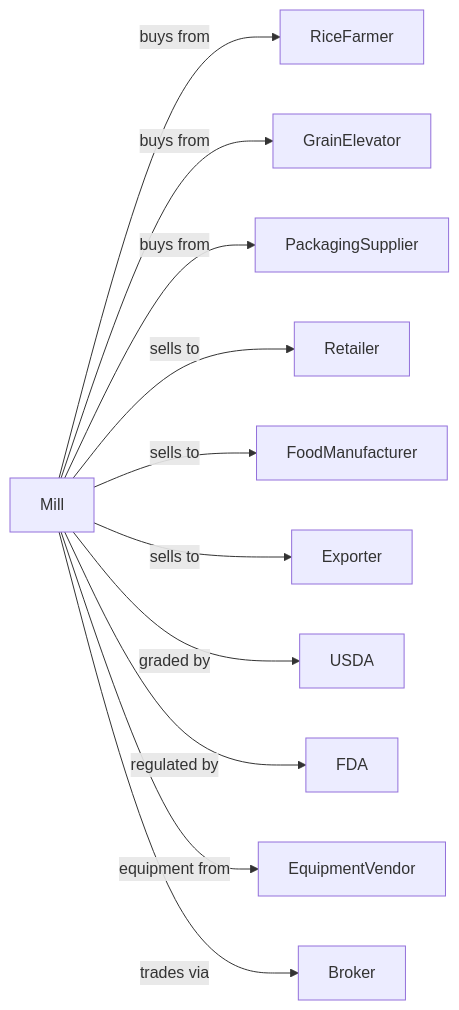
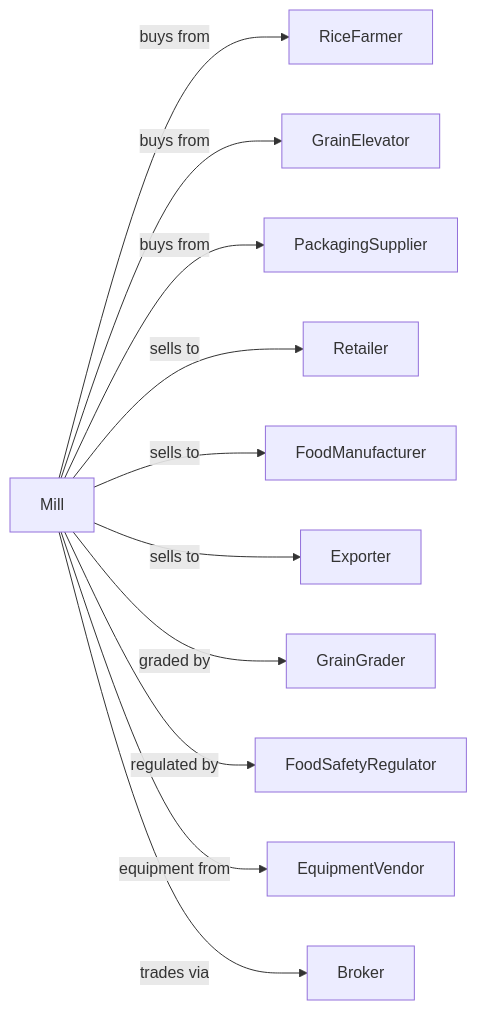
Before and after one commit to dot-org-ai/industries.org.ai: the second of 2 diagrams in Manufacturing/FoodManufacturing/GrainAndOilseedMilling/RiceMilling.mdx, drawn with Mermaid. The commit also changed other lines of this file and 639 other files, not shown here.

````diff
--- a/Manufacturing/FoodManufacturing/GrainAndOilseedMilling/RiceMilling.mdx
+++ b/Manufacturing/FoodManufacturing/GrainAndOilseedMilling/RiceMilling.mdx
@@ -139,15 +139,15 @@
 ```mermaid
 graph LR
     M[Mill]
 
     M -->|buys from| RiceFarmer
     M -->|buys from| GrainElevator
     M -->|buys from| PackagingSupplier
     M -->|sells to| Retailer
     M -->|sells to| FoodManufacturer
     M -->|sells to| Exporter
-    M -->|graded by| USDA
-    M -->|regulated by| FDA
+    M -->|graded by| GrainGrader
+    M -->|regulated by| FoodSafetyRegulator
     M -->|equipment from| EquipmentVendor
     M -->|trades via| Broker
 ```
````
